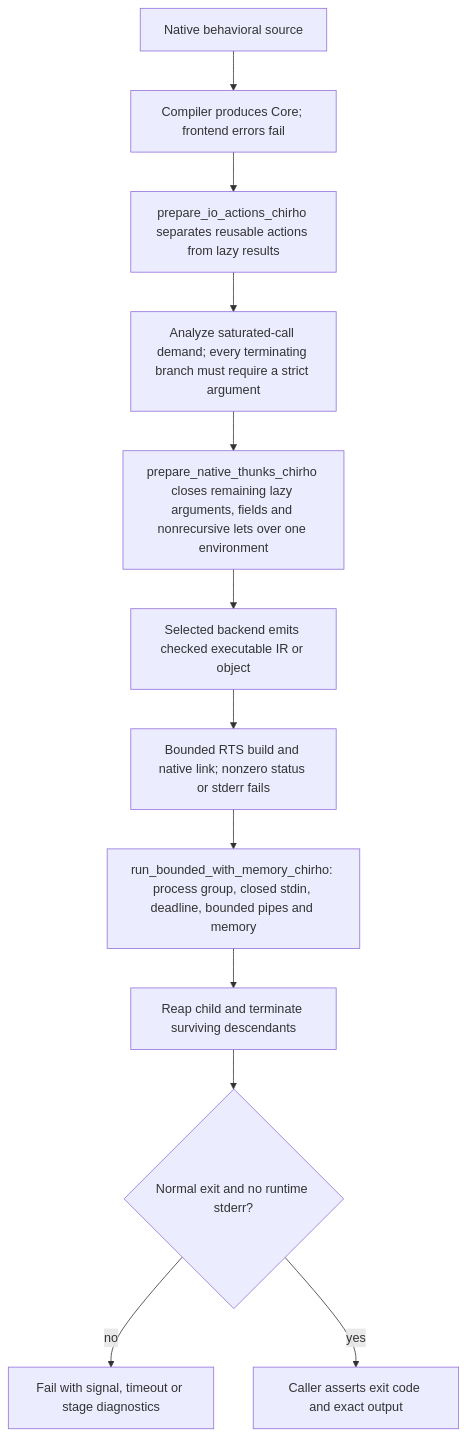
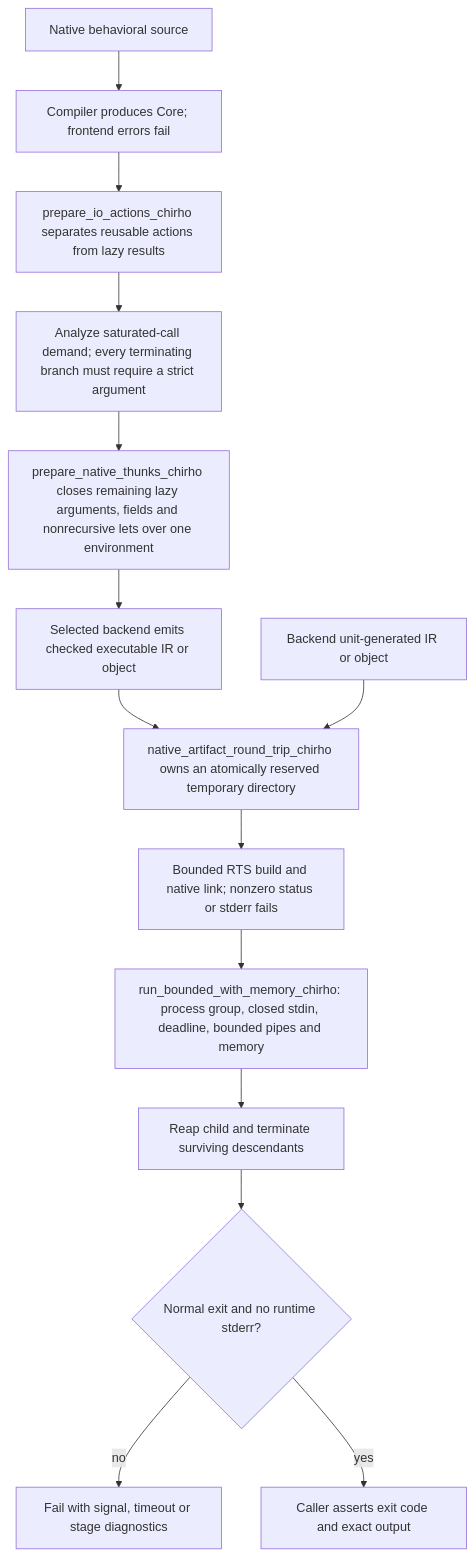
One commit to loveJesus/haskelujah-chirho changed the second of 3 diagrams in spec-chirho/workflows-chirho/testing-chirho/execution-oracles-chirho.md. Above: the diagram before and after it, drawn with Mermaid. The commit also changed other lines of this file and 15 other files, not shown here.

First line of the commit message:
fix: give native tests and CPP invocations exclusive temporary ownership

````diff
--- a/spec-chirho/workflows-chirho/testing-chirho/execution-oracles-chirho.md
+++ b/spec-chirho/workflows-chirho/testing-chirho/execution-oracles-chirho.md
@@ -42,14 +42,16 @@
 ```mermaid
 flowchart TD
     program_chirho[Native behavioral source] --> frontend_chirho[Compiler produces Core; frontend errors fail]
     frontend_chirho --> actions_chirho[prepare_io_actions_chirho separates reusable actions from lazy results]
     actions_chirho --> demands_chirho[Analyze saturated-call demand; every terminating branch must require a strict argument]
     demands_chirho --> thunks_chirho[prepare_native_thunks_chirho closes remaining lazy arguments, fields and nonrecursive lets over one environment]
     thunks_chirho --> backend_chirho[Selected backend emits checked executable IR or object]
-    backend_chirho --> link_chirho[Bounded RTS build and native link; nonzero status or stderr fails]
+    backend_chirho --> artifact_chirho[native_artifact_round_trip_chirho owns an atomically reserved temporary directory]
+    unit_chirho[Backend unit-generated IR or object] --> artifact_chirho
+    artifact_chirho --> link_chirho[Bounded RTS build and native link; nonzero status or stderr fails]
     link_chirho --> run_chirho[run_bounded_with_memory_chirho: process group, closed stdin, deadline, bounded pipes and memory]
     run_chirho --> cleanup_chirho[Reap child and terminate surviving descendants]
     cleanup_chirho --> result_chirho{Normal exit and no runtime stderr?}
     result_chirho -->|no| fail_chirho[Fail with signal, timeout or stage diagnostics]
     result_chirho -->|yes| exact_chirho[Caller asserts exit code and exact output]
 ```
````
